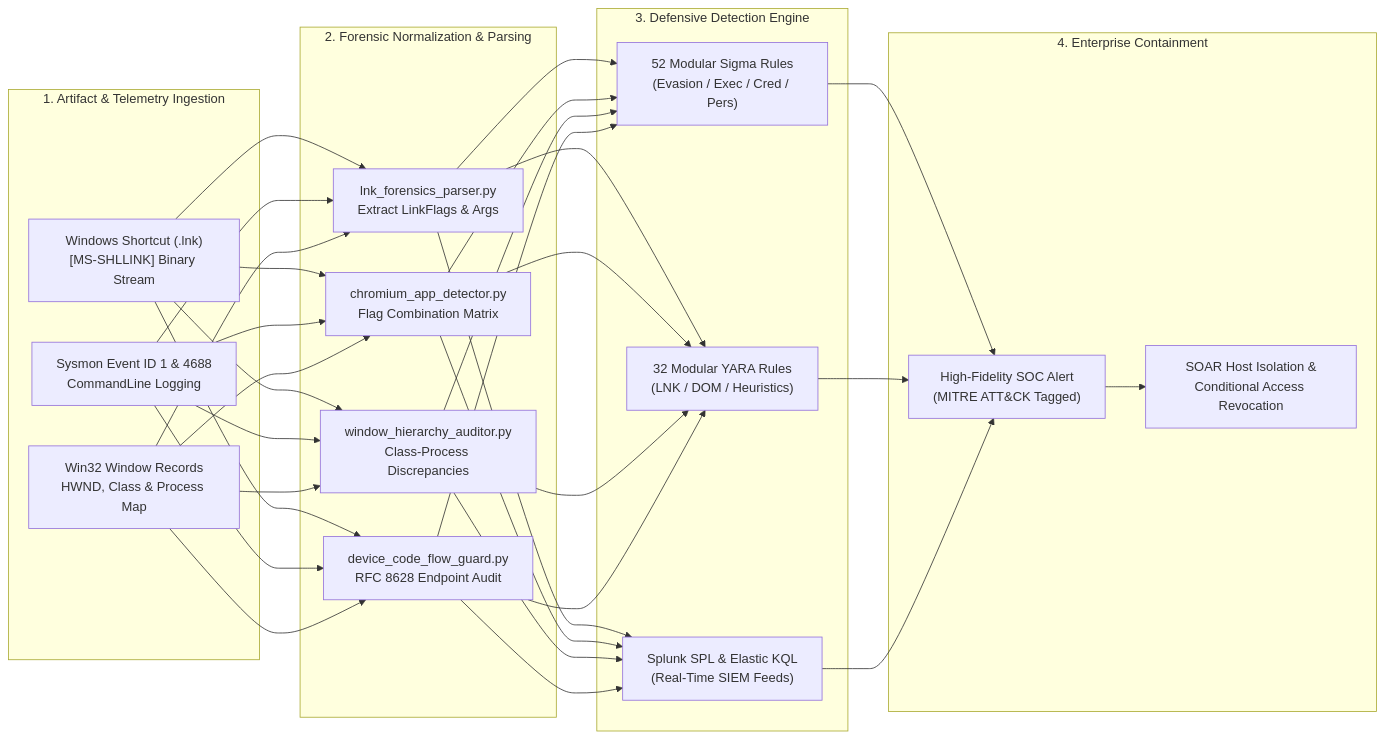
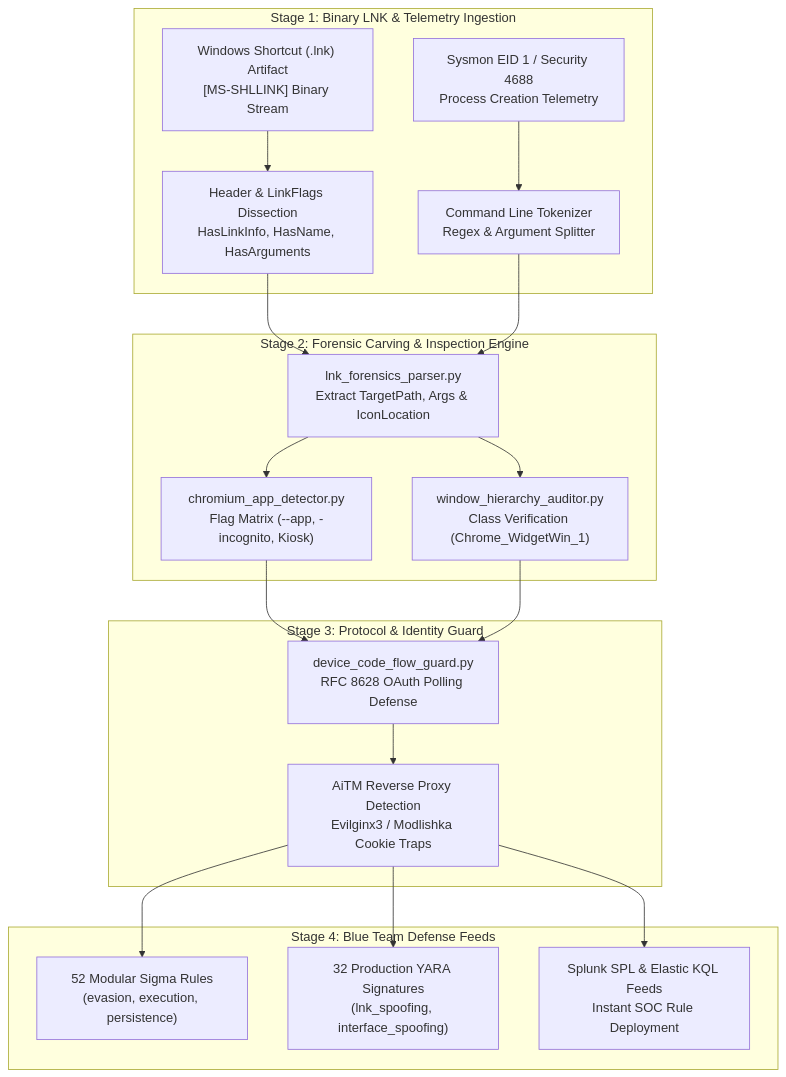
The diagram in README.md (maya-thorne/chromium-app-spoofing-forensics), drawn with Mermaid before and after one commit. The commit also changed other lines of this file and 9 other files, not shown here.

````diff
--- a/README.md
+++ b/README.md
@@ -51,30 +53,24 @@
 ```mermaid
-flowchart LR
-    subgraph "1. Artifact & Telemetry Ingestion"
-        A1["Windows Shortcut (.lnk)\n[MS-SHLLINK] Binary Stream"]
-        A2["Sysmon Event ID 1 & 4688\nCommandLine Logging"]
-        A3["Win32 Window Records\nHWND, Class & Process Map"]
+flowchart TD
+    subgraph "Stage 1: Binary LNK & Telemetry Ingestion"
+        A1["Windows Shortcut (.lnk) Artifact\n[MS-SHLLINK] Binary Stream"] --> T1["Header & LinkFlags Dissection\nHasLinkInfo, HasName, HasArguments"]
+        A2["Sysmon EID 1 / Security 4688\nProcess Creation Telemetry"] --> T2["Command Line Tokenizer\nRegex & Argument Splitter"]
     end
 
-    subgraph "2. Forensic Normalization & Parsing"
-        P1["lnk_forensics_parser.py\nExtract LinkFlags & Args"]
-        P2["chromium_app_detector.py\nFlag Combination Matrix"]
-        P3["window_hierarchy_auditor.py\nClass-Process Discrepancies"]
-        P4["device_code_flow_guard.py\nRFC 8628 Endpoint Audit"]
+    subgraph "Stage 2: Forensic Carving & Inspection Engine"
+        T1 & T2 --> E1["lnk_forensics_parser.py\nExtract TargetPath, Args & IconLocation"]
+        E1 --> E2["chromium_app_detector.py\nFlag Matrix (--app, -incognito, Kiosk)"]
+        E1 --> E3["window_hierarchy_auditor.py\nClass Verification (Chrome_WidgetWin_1)"]
     end
 
-    subgraph "3. Defensive Detection Engine"
-        R1["52 Modular Sigma Rules\n(Evasion / Exec / Cred / Pers)"]
-        R2["32 Modular YARA Rules\n(LNK / DOM / Heuristics)"]
-        R3["Splunk SPL & Elastic KQL\n(Real-Time SIEM Feeds)"]
+    subgraph "Stage 3: Protocol & Identity Guard"
+        E2 & E3 --> G1["device_code_flow_guard.py\nRFC 8628 OAuth Polling Defense"]
+        G1 --> G2["AiTM Reverse Proxy Detection\nEvilginx3 / Modlishka Cookie Traps"]
     end
 
-    subgraph "4. Enterprise Containment"
-        D1["High-Fidelity SOC Alert\n(MITRE ATT&CK Tagged)"]
-        D2["SOAR Host Isolation &\nConditional Access Revocation"]
+    subgraph "Stage 4: Blue Team Defense Feeds"
+        G2 --> D1["52 Modular Sigma Rules\n(evasion, execution, persistence)"]
+        G2 --> D2["32 Production YARA Signatures\n(lnk_spoofing, interface_spoofing)"]
+        G2 --> D3["Splunk SPL & Elastic KQL Feeds\nInstant SOC Rule Deployment"]
     end
-
-    A1 & A2 & A3 --> P1 & P2 & P3 & P4
-    P1 & P2 & P3 & P4 --> R1 & R2 & R3
-    R1 & R2 & R3 --> D1 --> D2
 ```
````
